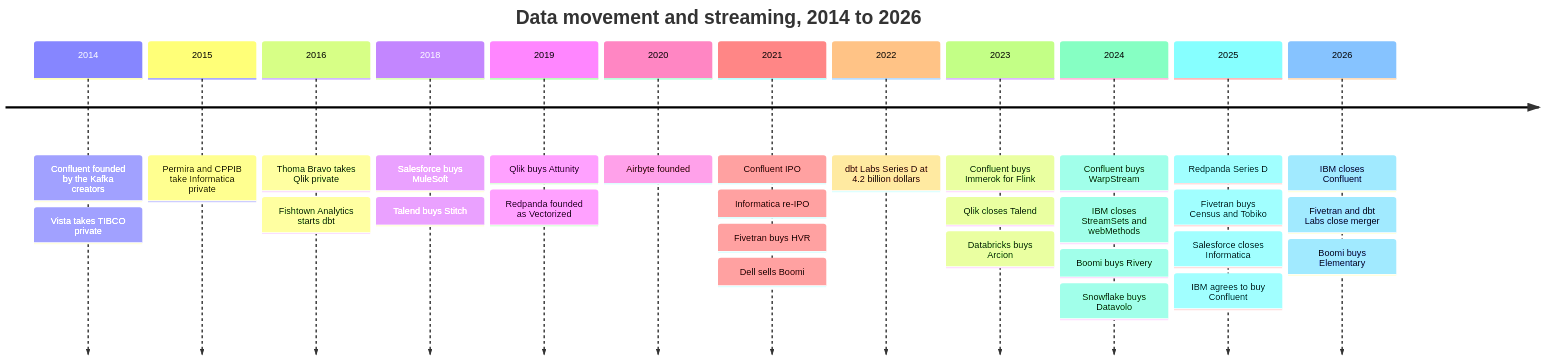
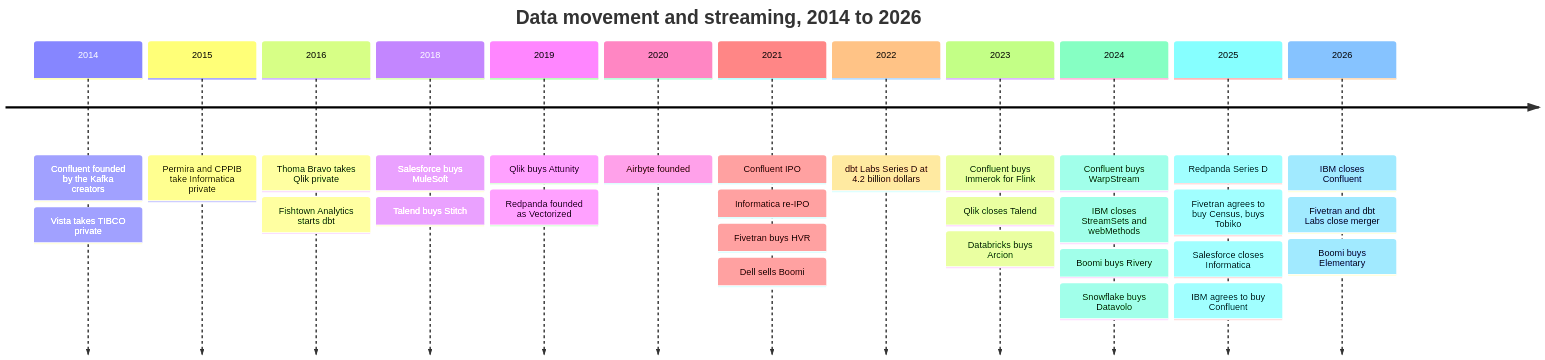
The first of 4 diagrams in docs/04-company-deep-dives/ch30-data-movement-streaming-companies.md (FrankHuang94/data_tech_db_claude), drawn with Mermaid before and after one commit. The commit also changed other lines of this file and 22 other files, not shown here.

````diff
--- a/docs/04-company-deep-dives/ch30-data-movement-streaming-companies.md
+++ b/docs/04-company-deep-dives/ch30-data-movement-streaming-companies.md
@@ -30,16 +30,16 @@
 ```mermaid
 timeline
     title Data movement and streaming, 2014 to 2026
     2014 : Confluent founded by the Kafka creators : Vista takes TIBCO private
     2015 : Permira and CPPIB take Informatica private
     2016 : Thoma Bravo takes Qlik private : Fishtown Analytics starts dbt
     2018 : Salesforce buys MuleSoft : Talend buys Stitch
     2019 : Qlik buys Attunity : Redpanda founded as Vectorized
     2020 : Airbyte founded
     2021 : Confluent IPO : Informatica re-IPO : Fivetran buys HVR : Dell sells Boomi
     2022 : dbt Labs Series D at 4.2 billion dollars
     2023 : Confluent buys Immerok for Flink : Qlik closes Talend : Databricks buys Arcion
     2024 : Confluent buys WarpStream : IBM closes StreamSets and webMethods : Boomi buys Rivery : Snowflake buys Datavolo
-    2025 : Redpanda Series D : Fivetran buys Census and Tobiko : Salesforce closes Informatica : IBM agrees to buy Confluent
+    2025 : Redpanda Series D : Fivetran agrees to buy Census, buys Tobiko : Salesforce closes Informatica : IBM agrees to buy Confluent
     2026 : IBM closes Confluent : Fivetran and dbt Labs close merger : Boomi buys Elementary
 ```
````
